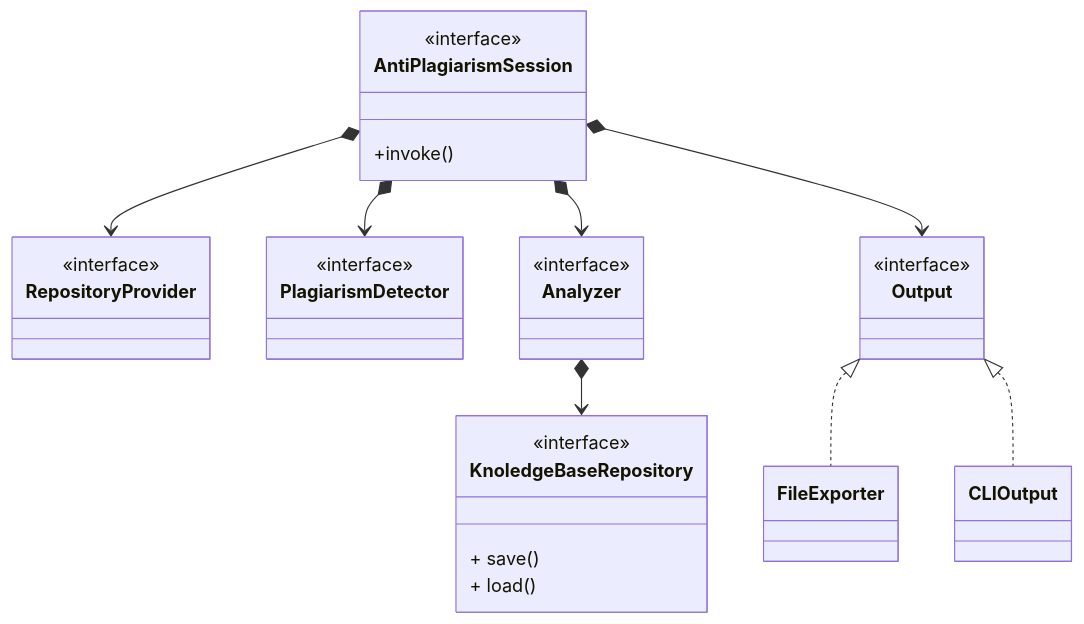
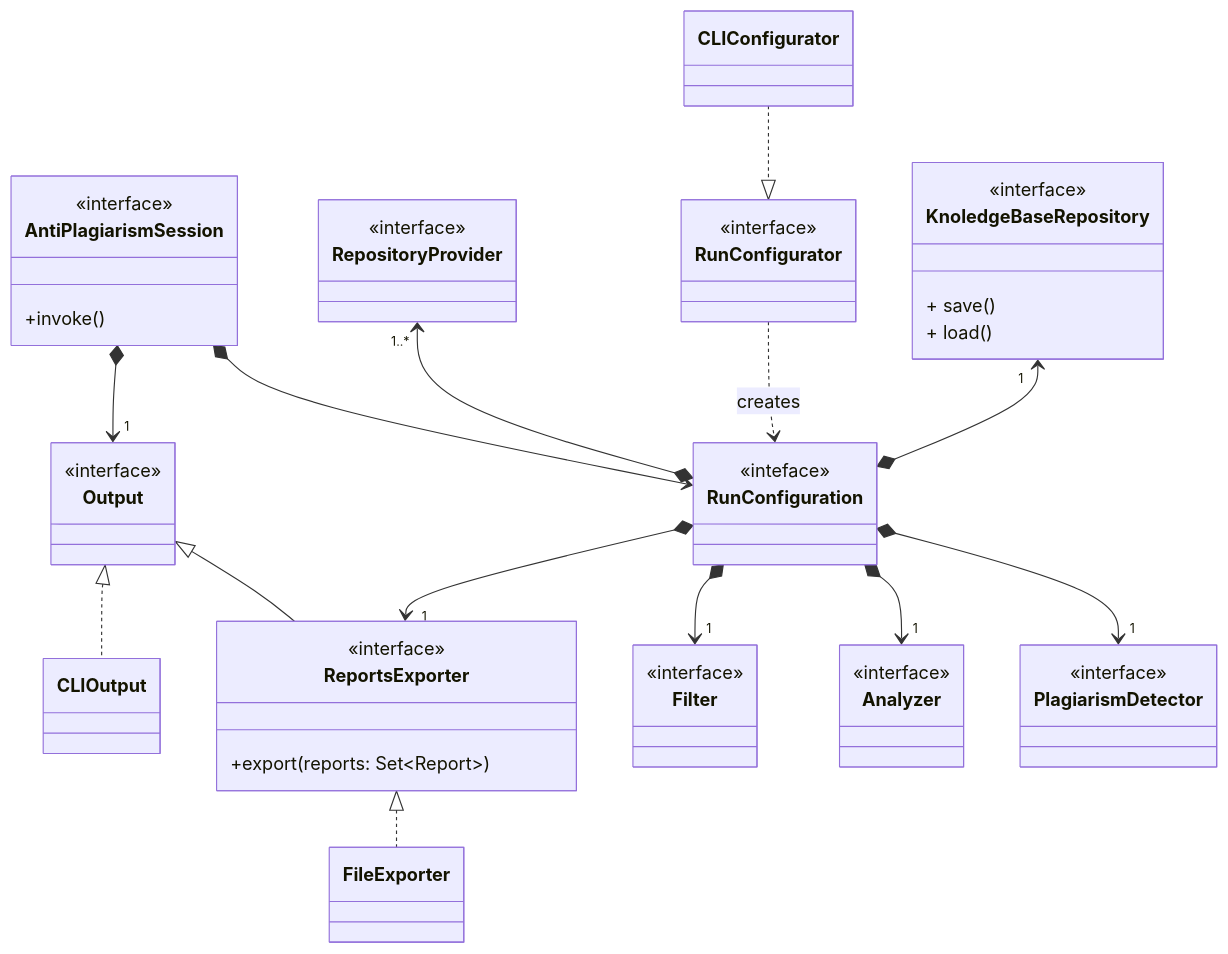
One commit to tassiLuca/bachelor-thesis changed the diagram in resources/schemas/02-architecture.mmd. Above: the diagram before and after it, drawn with Mermaid. The commit also changed 2 other files, not shown here.

Commit message:
updae schema

```diff
--- a/resources/schemas/02-architecture.mmd
+++ b/resources/schemas/02-architecture.mmd
@@ -1,37 +1,57 @@
 classDiagram
 direction TB
     class AntiPlagiarismSession {
         <<interface>>
         +invoke()
     }
 
     class RepositoryProvider {
         <<interface>>
     }
-    AntiPlagiarismSession *--> RepositoryProvider
+    RepositoryProvider "1..*" <--* RunConfiguration
+
+    class RunConfigurator {
+        <<interface>>
+    }
+    CLIConfigurator ..|> RunConfigurator
+
+    class RunConfiguration {
+        <<inteface>>
+    }
+    RunConfigurator ..> RunConfiguration: creates
+    AntiPlagiarismSession *--> RunConfiguration
 
     class PlagiarismDetector {
         <<interface>>
     }
-    AntiPlagiarismSession *--> PlagiarismDetector
+    RunConfiguration *--> "1" PlagiarismDetector
 
     class Analyzer {
         <<interface>>
     }
-    AntiPlagiarismSession *--> Analyzer
+    RunConfiguration *--> "1" Analyzer
+
+    class Filter {
+        <<interface>>
+    }
+    RunConfiguration *--> "1" Filter
 
     class KnoledgeBaseRepository {
         <<interface>>
         + save()
         + load()
     }
-    Analyzer *--> KnoledgeBaseRepository
+    KnoledgeBaseRepository "1" <--* RunConfiguration
 
     class Output {
         <<interface>>
     }
-    AntiPlagiarismSession *--> Output
-    class CLIOutput 
-    class FileExporter
-    Output <|.. FileExporter
+    class ReportsExporter {
+        <<interface>>
+        +export(reports: Set~Report~)
+    }
+    Output <|-- ReportsExporter
+    ReportsExporter <|.. FileExporter
+    RunConfiguration *--> "1" ReportsExporter
     Output <|.. CLIOutput
+    AntiPlagiarismSession *--> "1" Output
```
